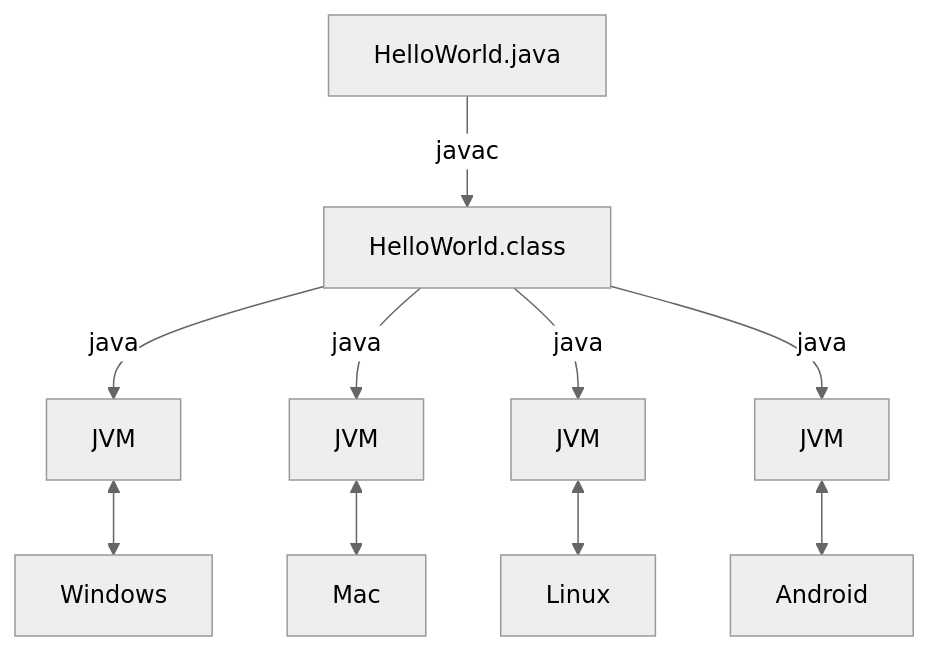
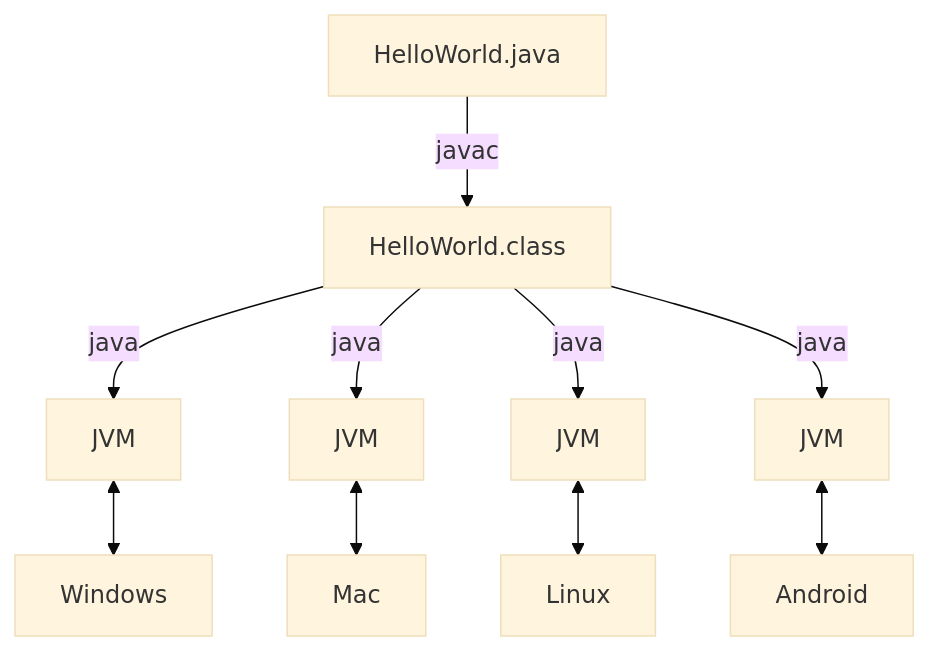
Before and after one commit to jakobjanot/kea: the diagram in courses/programmering1/01-intro-og-install/01-intro.md, drawn with Mermaid. The commit also changed other lines of this file, not shown here.

````diff
--- a/courses/programmering1/01-intro-og-install/01-intro.md
+++ b/courses/programmering1/01-intro-og-install/01-intro.md
@@ -76,9 +97,9 @@
 ```mermaid
-%%{ init: { "theme": "neutral" }}%%
+%%{ init: { "theme": "base" }}%%
 flowchart TD
     A[HelloWorld.java] -->|javac| B[HelloWorld.class]
     B -->|java| C[JVM] <--> D[Windows]
     B -->|java| E[JVM] <--> F[Mac]
     B -->|java| G[JVM] <--> H[Linux]
     B -->|java| I[JVM] <--> J[Android]
 ```
````
